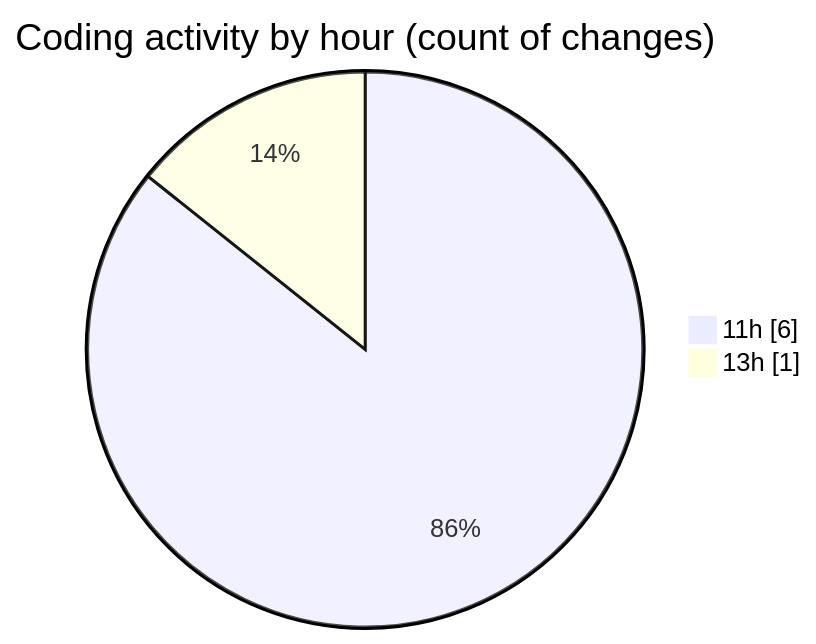
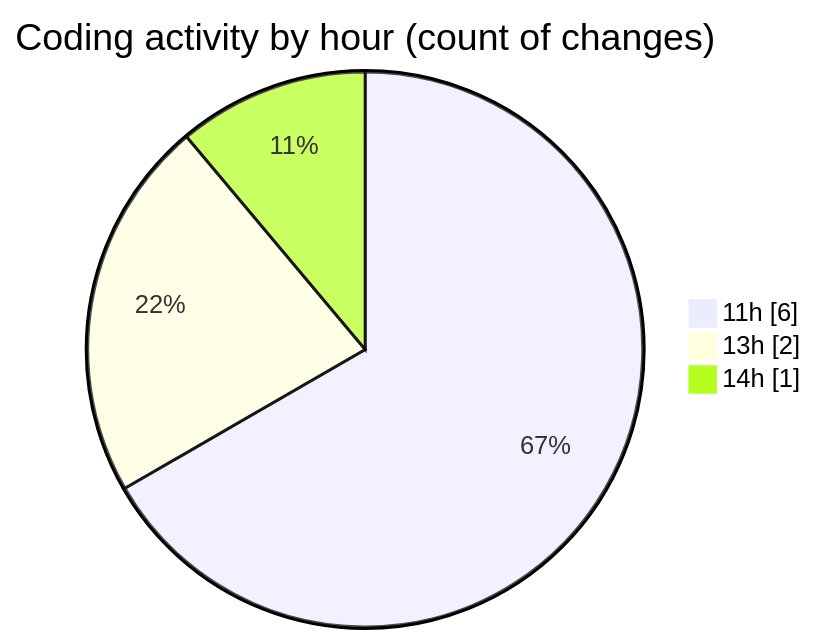
One commit to nxtqubesakshisongat/code-tracking changed the second of 2 diagrams in 2025-06-07/nxtqube_webapp/README.md. Above: the diagram before and after it, drawn with Mermaid. The commit also changed other lines of this file and 1 other file, not shown here.

````diff
--- a/2025-06-07/nxtqube_webapp/README.md
+++ b/2025-06-07/nxtqube_webapp/README.md
@@ -30,6 +30,7 @@
 ```mermaid
 pie showData
 title Coding activity by hour (count of changes)
 "11h" : 6
-"13h" : 1
+"13h" : 2
+"14h" : 1
 ```
````
